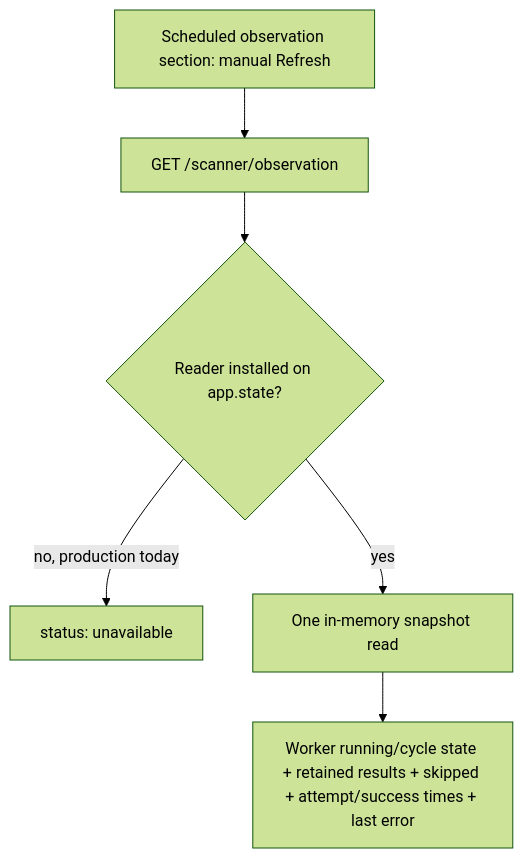
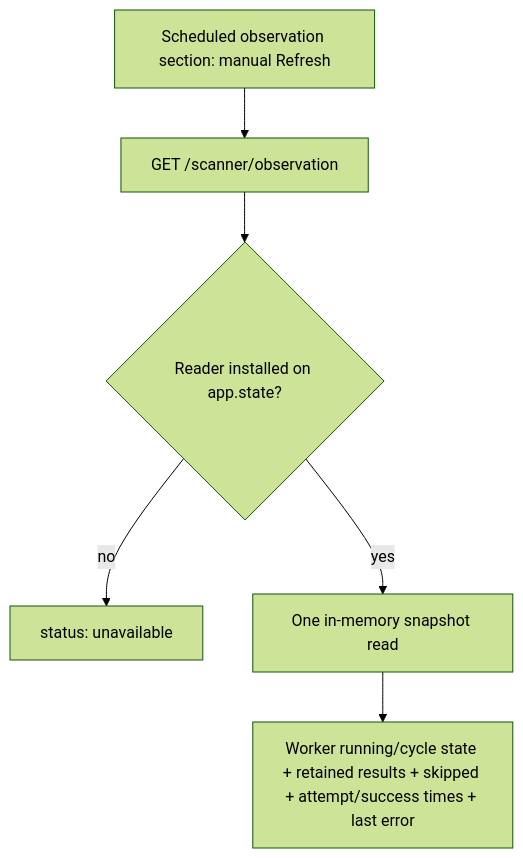
One commit to rotate-zero/agentic-trading-os changed the eighth of 10 diagrams in docs/diagrams/trading-intelligence-overview.md. Above: the diagram before and after it, drawn with Mermaid (forest theme). The commit also changed other lines of this file and 10 other files, not shown here.

````diff
--- a/docs/diagrams/trading-intelligence-overview.md
+++ b/docs/diagrams/trading-intelligence-overview.md
@@ -146,8 +159,8 @@
 ```mermaid
 flowchart TD
     PANEL[Scheduled observation section: manual Refresh] --> ROUTE[GET /scanner/observation]
     ROUTE --> SLOT{Reader installed on app.state?}
-    SLOT -- no, production today --> UNAVAILABLE[status: unavailable]
+    SLOT -- no --> UNAVAILABLE[status: unavailable]
     SLOT -- yes --> READ[One in-memory snapshot read]
     READ --> VIEW[Worker running/cycle state + retained results + skipped + attempt/success times + last error]
 ```
````
